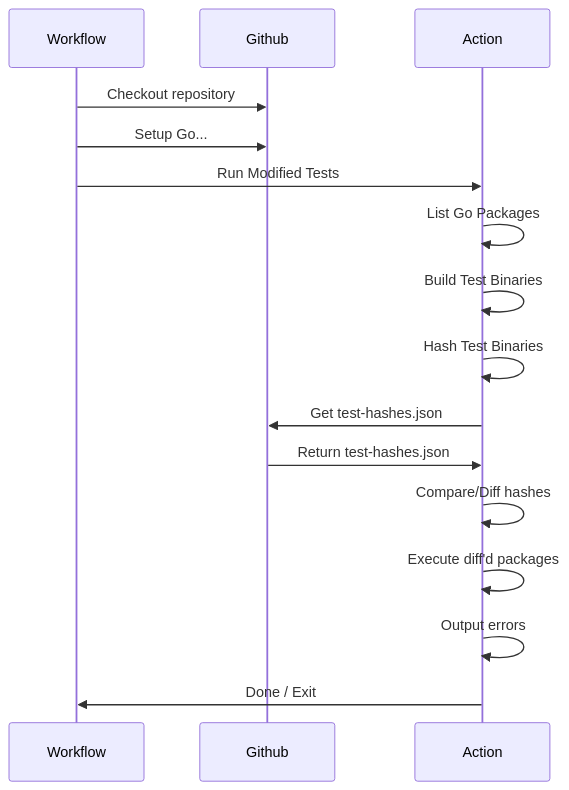
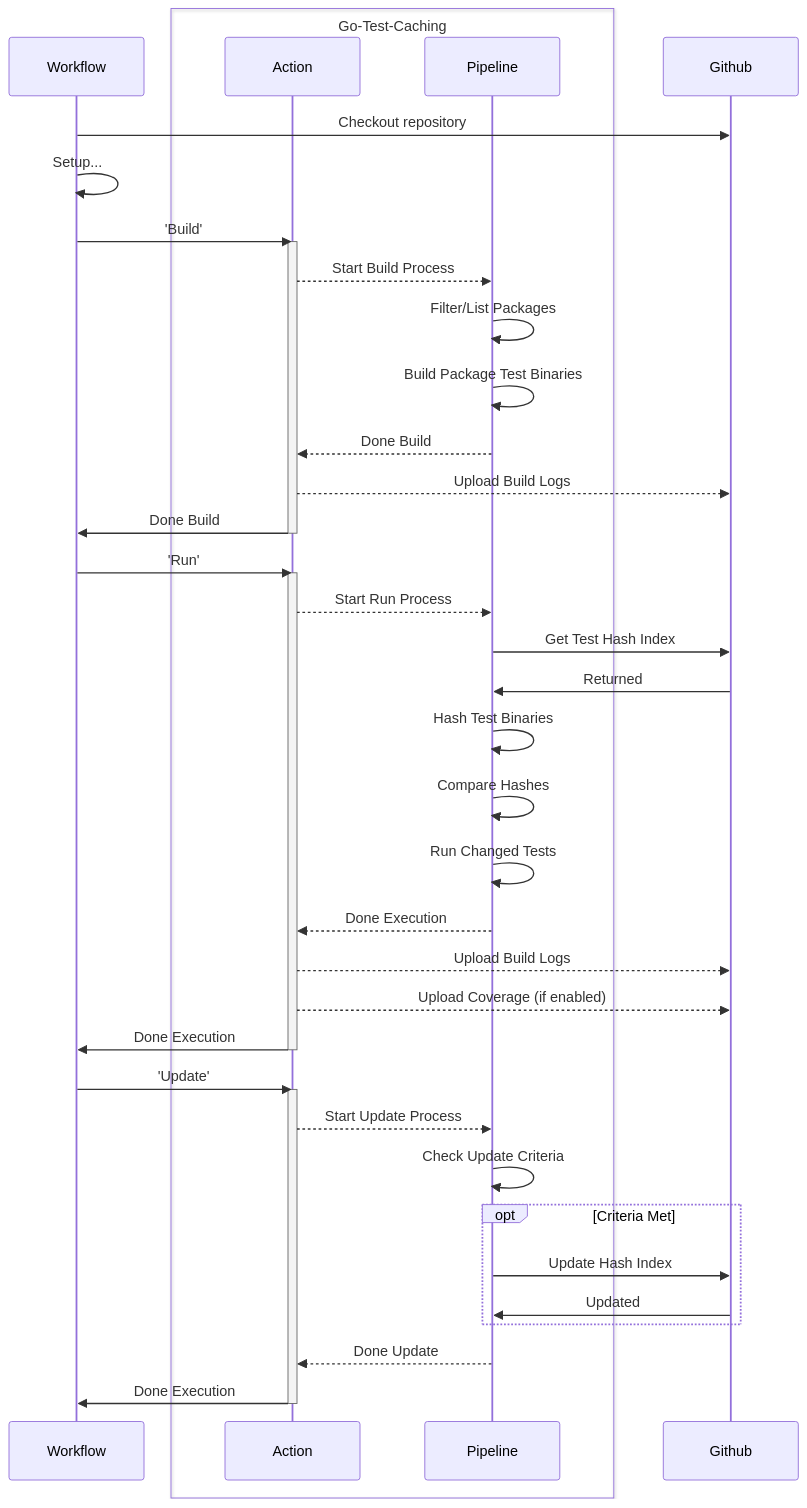
Before and after one commit to smartcontractkit/.github: the diagram in apps/go-test-caching/README.md, drawn with Mermaid. The commit also changed other lines of this file and 6 other files, not shown here.

````diff
--- a/apps/go-test-caching/README.md
+++ b/apps/go-test-caching/README.md
@@ -35,15 +6,56 @@
 ```mermaid
 sequenceDiagram
+  participant Workflow
+  participant Action
+  participant Pipeline
+  participant Github
+
+  box Go-Test-Caching
+    participant Action
+    participant Pipeline
+  end
+
   Workflow->>Github: Checkout repository
-  Workflow->>Github: Setup Go...
-  Workflow->>Action: Run Modified Tests
-  Action->>Action: List Go Packages
-  Action->>Action: Build Test Binaries
-  Action->>Action: Hash Test Binaries
-  Action->>Github: Get test-hashes.json
-  Github->>Action: Return test-hashes.json
-  Action->>Action: Compare/Diff hashes
-  Action->>Action: Execute diff'd packages
-  Action->>Action: Output errors
-  Action->>Workflow: Done / Exit
+  Workflow->>Workflow: Setup...
+
+  Workflow->>Action: 'Build'
+  activate Action
+  Action-->>Pipeline: Start Build Process
+
+  Pipeline->>Pipeline: Filter/List Packages
+  Pipeline->>Pipeline: Build Package Test Binaries
+  Pipeline-->>Action: Done Build
+
+  Action-->>Github: Upload Build Logs
+  Action->>Workflow: Done Build
+  deactivate Action
+
+  Workflow->>Action: 'Run'
+  activate Action
+  Action-->>Pipeline: Start Run Process
+
+  Pipeline->>Github: Get Test Hash Index
+  Github->>Pipeline: Returned
+  Pipeline->>Pipeline: Hash Test Binaries
+  Pipeline->>Pipeline: Compare Hashes
+  Pipeline->>Pipeline: Run Changed Tests
+  Pipeline-->>Action: Done Execution
+
+  Action-->>Github: Upload Build Logs
+  Action-->>Github: Upload Coverage (if enabled)
+  Action->>Workflow: Done Execution
+  deactivate Action
+
+  Workflow->>Action: 'Update'
+  activate Action
+  Action-->>Pipeline: Start Update Process
+  Pipeline->>Pipeline: Check Update Criteria
+
+  opt Criteria Met
+    Pipeline->>Github: Update Hash Index
+    Github->>Pipeline: Updated
+  end
+  Pipeline-->>Action: Done Update
+  Action->>Workflow: Done Execution
+  deactivate Action
 ```
````
